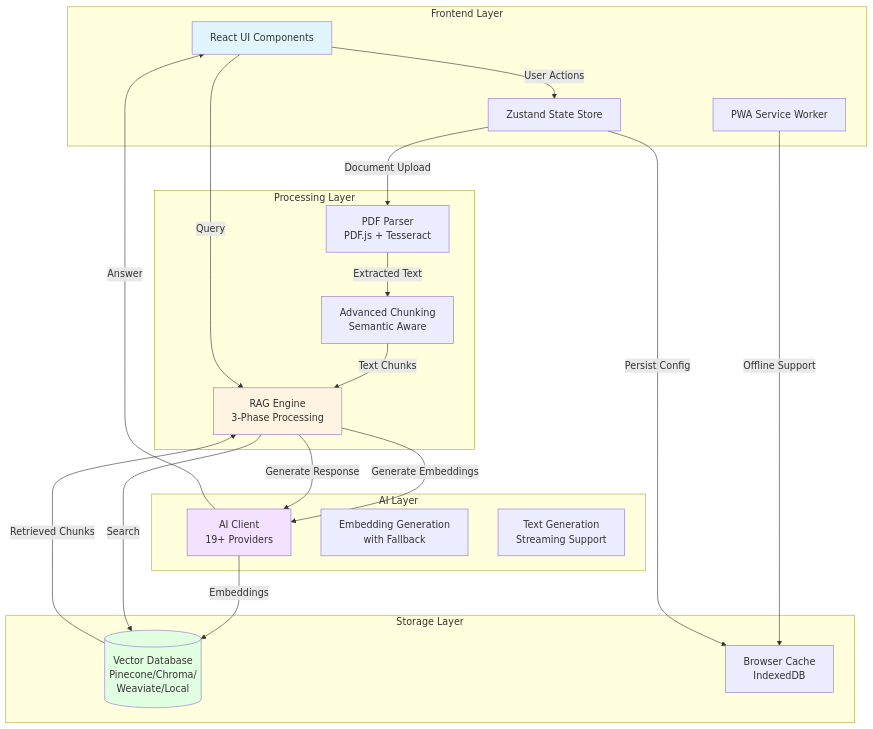
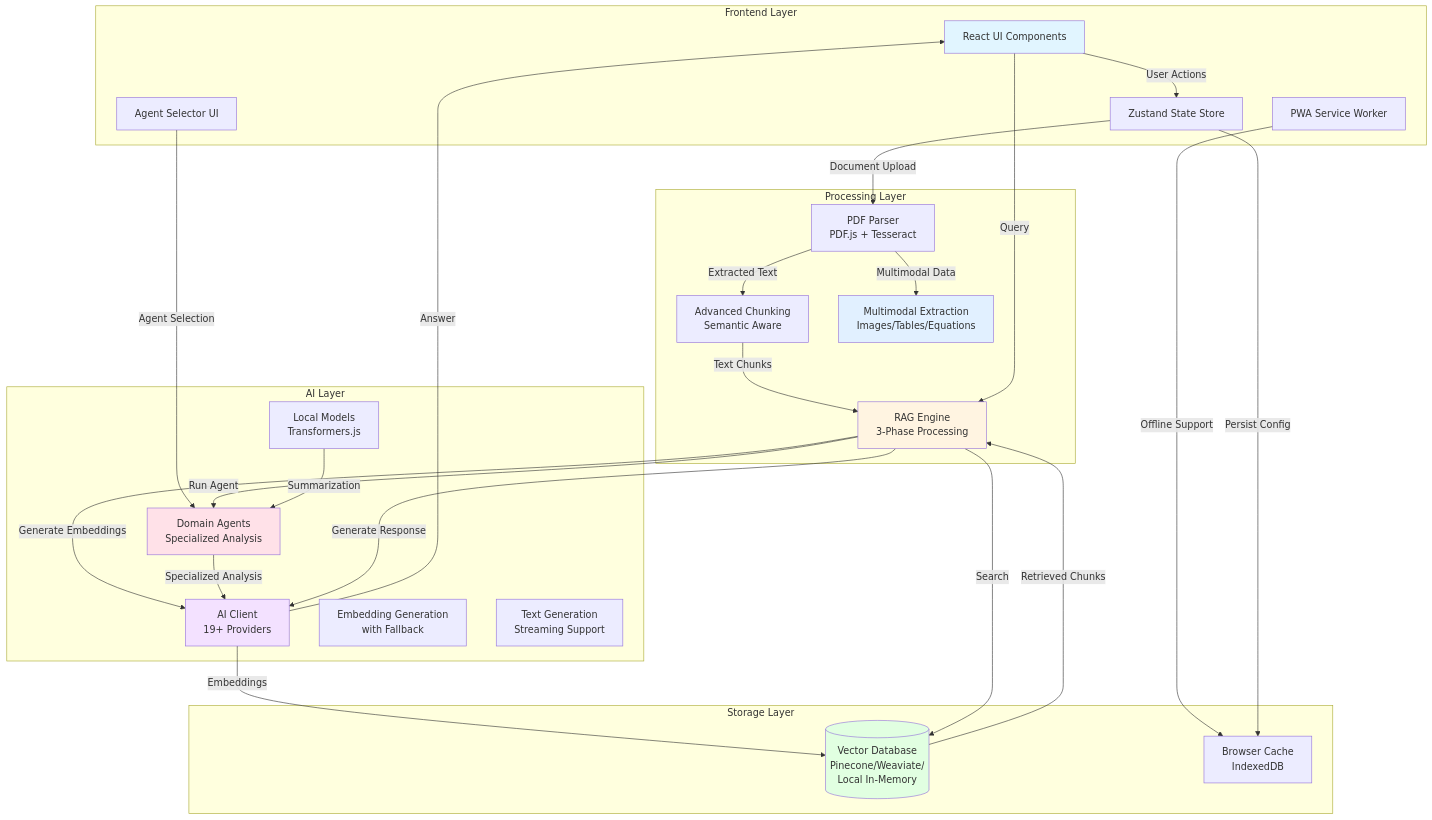
The first of 16 diagrams in docs/ARCHITECTURE_FLOWS.md (Kedhareswer/QuantumPDF_ChatApp_VectorDB), drawn with Mermaid before and after one commit. The commit also changed other lines of this file and 58 other files, not shown here.

````diff
--- a/docs/ARCHITECTURE_FLOWS.md
+++ b/docs/ARCHITECTURE_FLOWS.md
@@ -19,45 +22,55 @@
 ```mermaid
 graph TB
     subgraph "Frontend Layer"
         UI[React UI Components]
         STATE[Zustand State Store]
         PWA[PWA Service Worker]
+        AGENT_UI[Agent Selector UI]
     end
 
     subgraph "Processing Layer"
         PDF[PDF Parser<br/>PDF.js + Tesseract]
         RAG[RAG Engine<br/>3-Phase Processing]
         CHUNK[Advanced Chunking<br/>Semantic Aware]
-        %% Note: Chunker now treats fenced code blocks, markdown tables, and image captions as atomic units, preserving structure for better RAG quality.
+        MULTI[Multimodal Extraction<br/>Images/Tables/Equations]
     end
 
     subgraph "AI Layer"
         AI[AI Client<br/>19+ Providers]
         EMB[Embedding Generation<br/>with Fallback]
         TEXT[Text Generation<br/>Streaming Support]
+        AGENTS[Domain Agents<br/>Specialized Analysis]
+        LOCAL[Local Models<br/>Transformers.js]
     end
 
     subgraph "Storage Layer"
-        VDB[(Vector Database<br/>Pinecone/Chroma/<br/>Weaviate/Local)]
+        VDB[(Vector Database<br/>Pinecone/Weaviate/<br/>Local In-Memory)]
         CACHE[Browser Cache<br/>IndexedDB]
     end
 
     UI -->|User Actions| STATE
+    AGENT_UI -->|Agent Selection| AGENTS
     STATE -->|Document Upload| PDF
     PDF -->|Extracted Text| CHUNK
+    PDF -->|Multimodal Data| MULTI
     CHUNK -->|Text Chunks| RAG
     RAG -->|Generate Embeddings| AI
     AI -->|Embeddings| VDB
     UI -->|Query| RAG
     RAG -->|Search| VDB
     VDB -->|Retrieved Chunks| RAG
+    RAG -->|Run Agent| AGENTS
+    AGENTS -->|Specialized Analysis| AI
     RAG -->|Generate Response| AI
     AI -->|Answer| UI
     PWA -->|Offline Support| CACHE
     STATE -->|Persist Config| CACHE
+    LOCAL -->|Summarization| AGENTS
 
     style UI fill:#e1f5ff
     style RAG fill:#fff4e1
     style AI fill:#f3e1ff
     style VDB fill:#e1ffe1
+    style AGENTS fill:#ffe1e8
+    style MULTI fill:#e1f0ff
 ```
````
